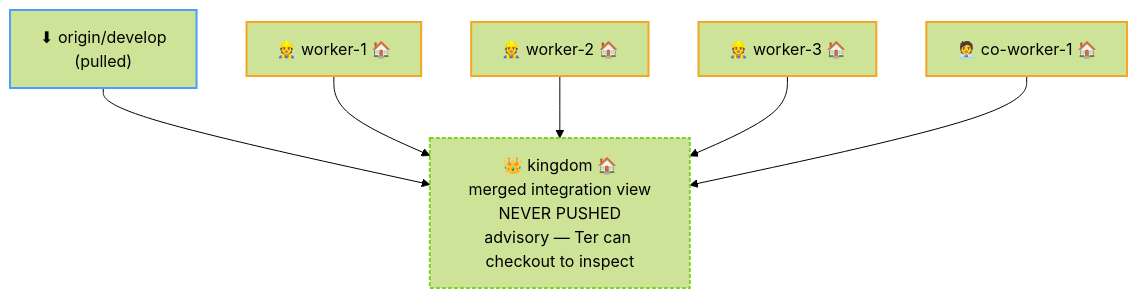
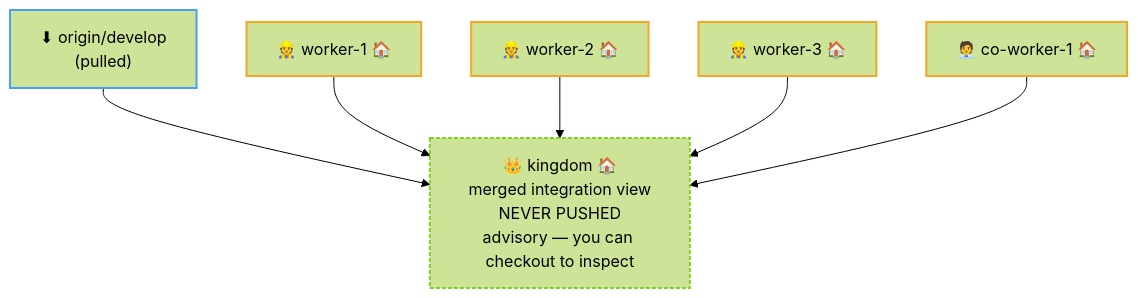
The fourth of 4 diagrams in .kingdom/.setting/reference/git.md (chatthong/kingdom), drawn with Mermaid (forest theme) before and after one commit. The commit also changed other lines of this file and 77 other files, not shown here.

````diff
--- a/.kingdom/.setting/reference/git.md
+++ b/.kingdom/.setting/reference/git.md
@@ -120,22 +120,22 @@
 ```mermaid
 graph TB
     OD["⬇ origin/develop\n(pulled)"]
     W1["👷 worker-1 🏠"]
     W2["👷 worker-2 🏠"]
     W3["👷 worker-3 🏠"]
     C1["🧑‍💼 co-worker-1 🏠"]
-    KG["👑 kingdom 🏠\nmerged integration view\nNEVER PUSHED\nadvisory — Ter can checkout to inspect"]
+    KG["👑 kingdom 🏠\nmerged integration view\nNEVER PUSHED\nadvisory — you can checkout to inspect"]
 
     OD --> KG
     W1 --> KG
     W2 --> KG
     W3 --> KG
     C1 --> KG
 
     classDef lane stroke:#f5a623,stroke-width:2px
     classDef remote stroke:#4a9eff,stroke-width:2px
     classDef king stroke:#7ed321,stroke-width:2px,stroke-dasharray:4 2
     class W1,W2,W3,C1 lane
     class OD remote
     class KG king
 ```
````
